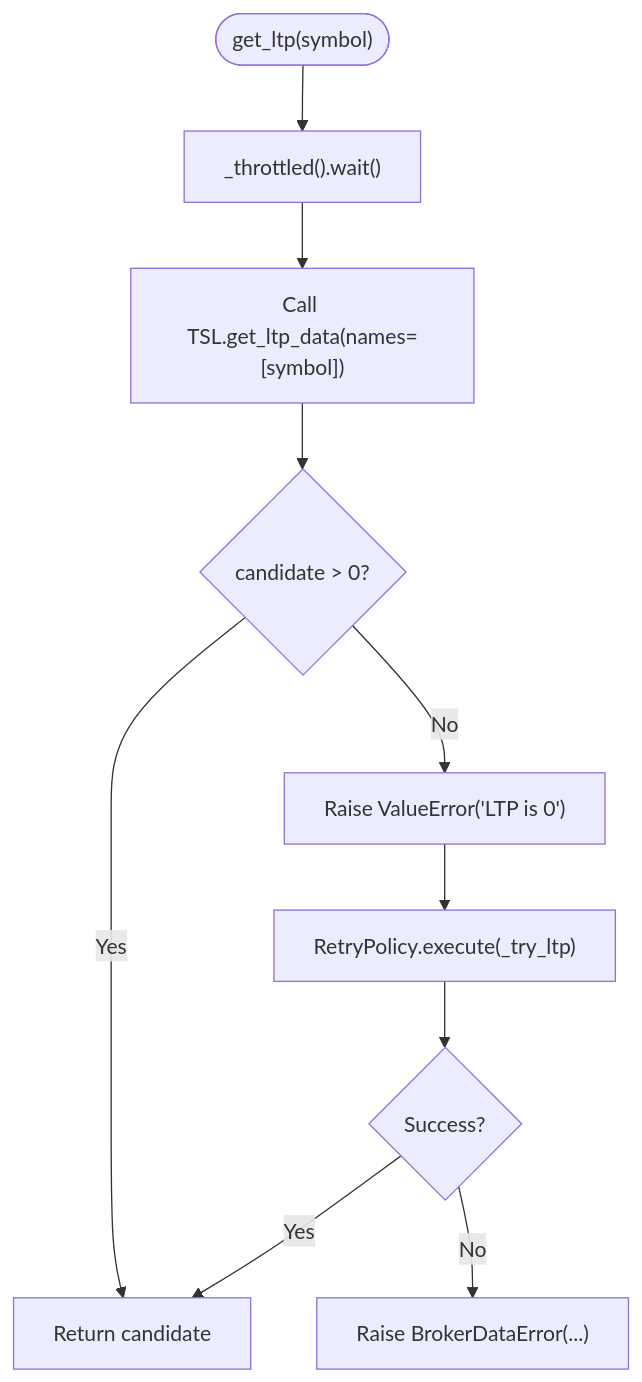
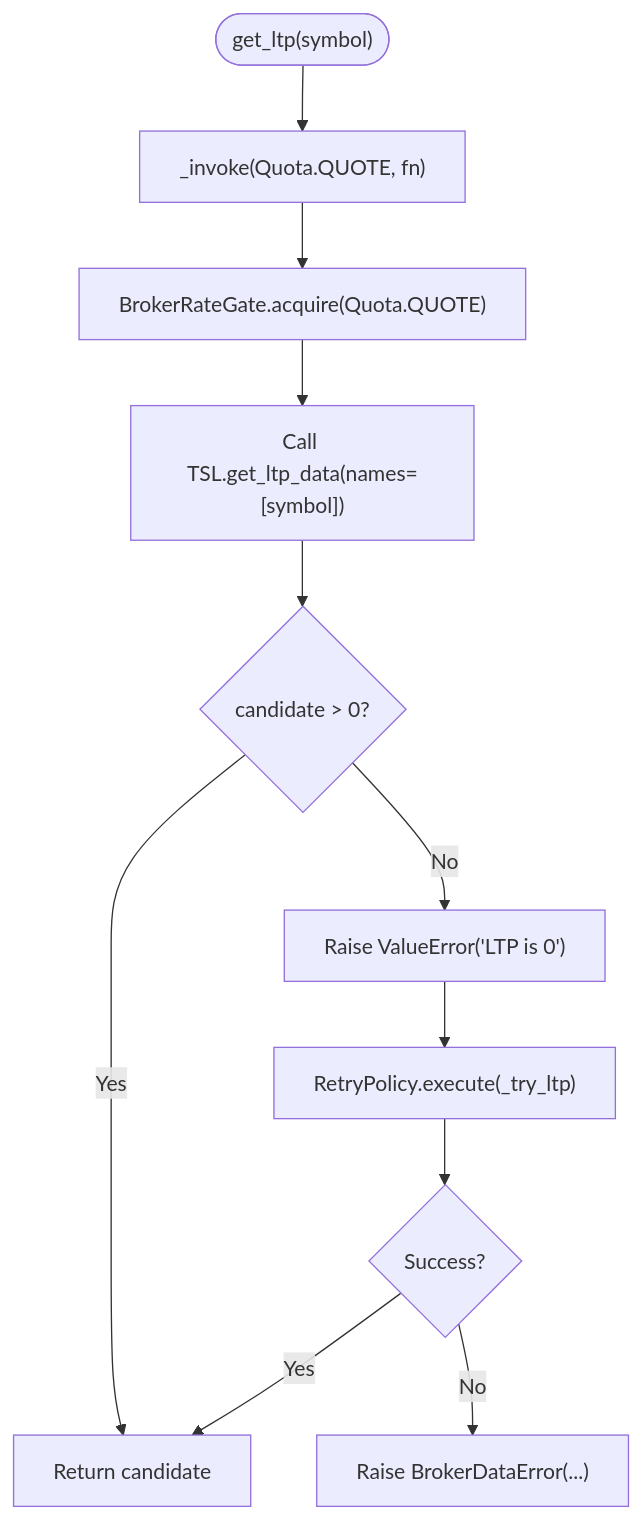
One commit to Ganesh-Kusundal/nTrade changed the fourth of 12 diagrams in .qoder/repowiki/en/content/Broker Integration/Transport Layer & Connectivity.md. Above: the diagram before and after it, drawn with Mermaid. The commit also changed other lines of this file and 203 other files, not shown here.

First line of the commit message:
review findings sweep: depth retry, LTP failure guard, stale-refresh fix, rate-gate blocked heuristic

````diff
--- a/.qoder/repowiki/en/content/Broker Integration/Transport Layer & Connectivity.md
+++ b/.qoder/repowiki/en/content/Broker Integration/Transport Layer & Connectivity.md
@@ -296,12 +303,13 @@
 ```mermaid
 flowchart TD
-Start(["get_ltp(symbol)"]) --> Throttle["_throttled().wait()"]
-Throttle --> TryCall["Call TSL.get_ltp_data(names=[symbol])"]
+Start(["get_ltp(symbol)"]) --> Invoke["_invoke(Quota.QUOTE, fn)"]
+Invoke --> GateAcquire["BrokerRateGate.acquire(Quota.QUOTE)"]
+GateAcquire --> TryCall["Call TSL.get_ltp_data(names=[symbol])"]
 TryCall --> Candidate{"candidate > 0?"}
 Candidate --> |Yes| ReturnLTP["Return candidate"]
 Candidate --> |No| RaiseErr["Raise ValueError('LTP is 0')"]
 RaiseErr --> Retry["RetryPolicy.execute(_try_ltp)"]
 Retry --> Success{"Success?"}
 Success --> |Yes| ReturnLTP
 Success --> |No| BrokerErr["Raise BrokerDataError(...)"]
 ```
````
